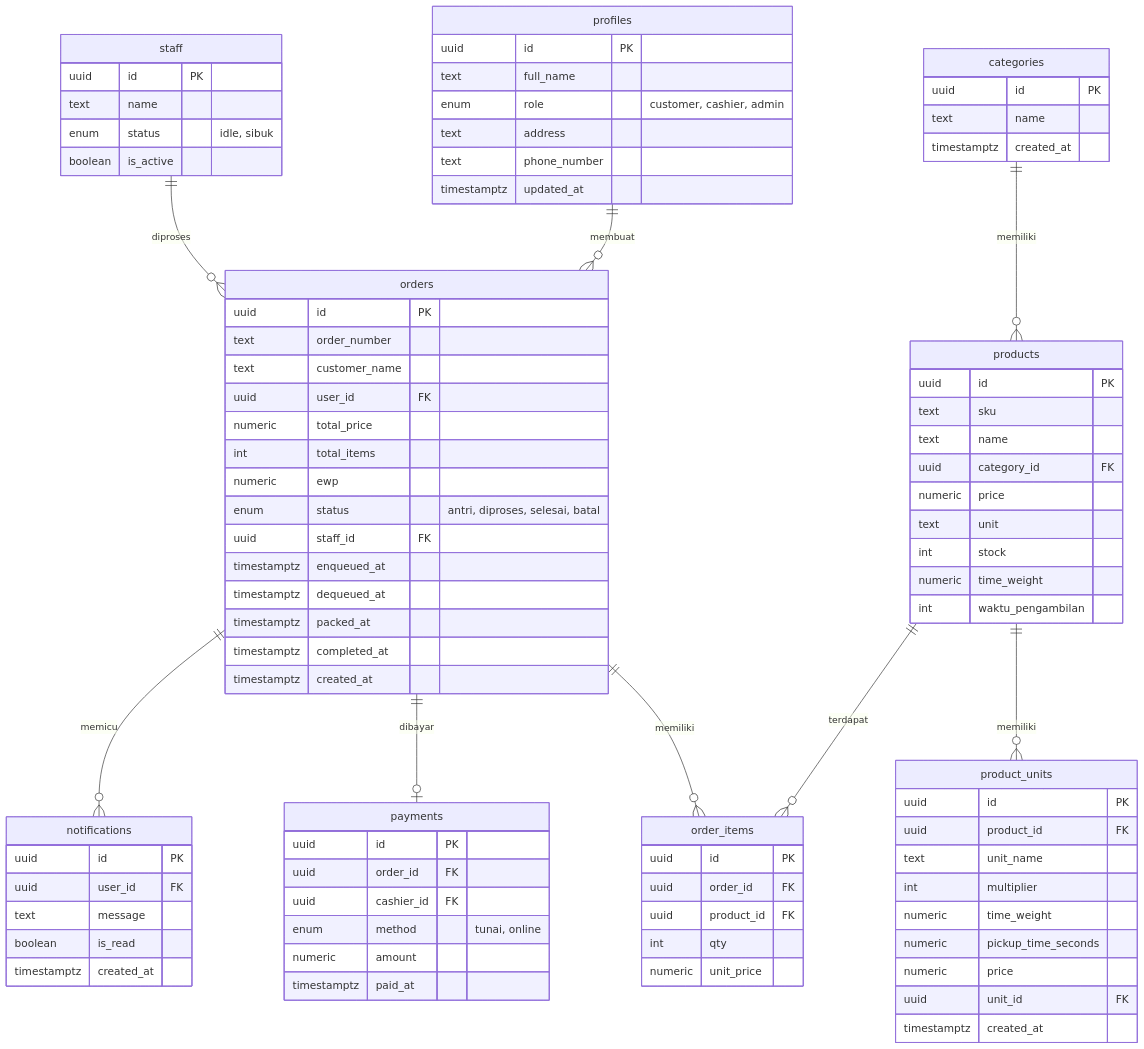
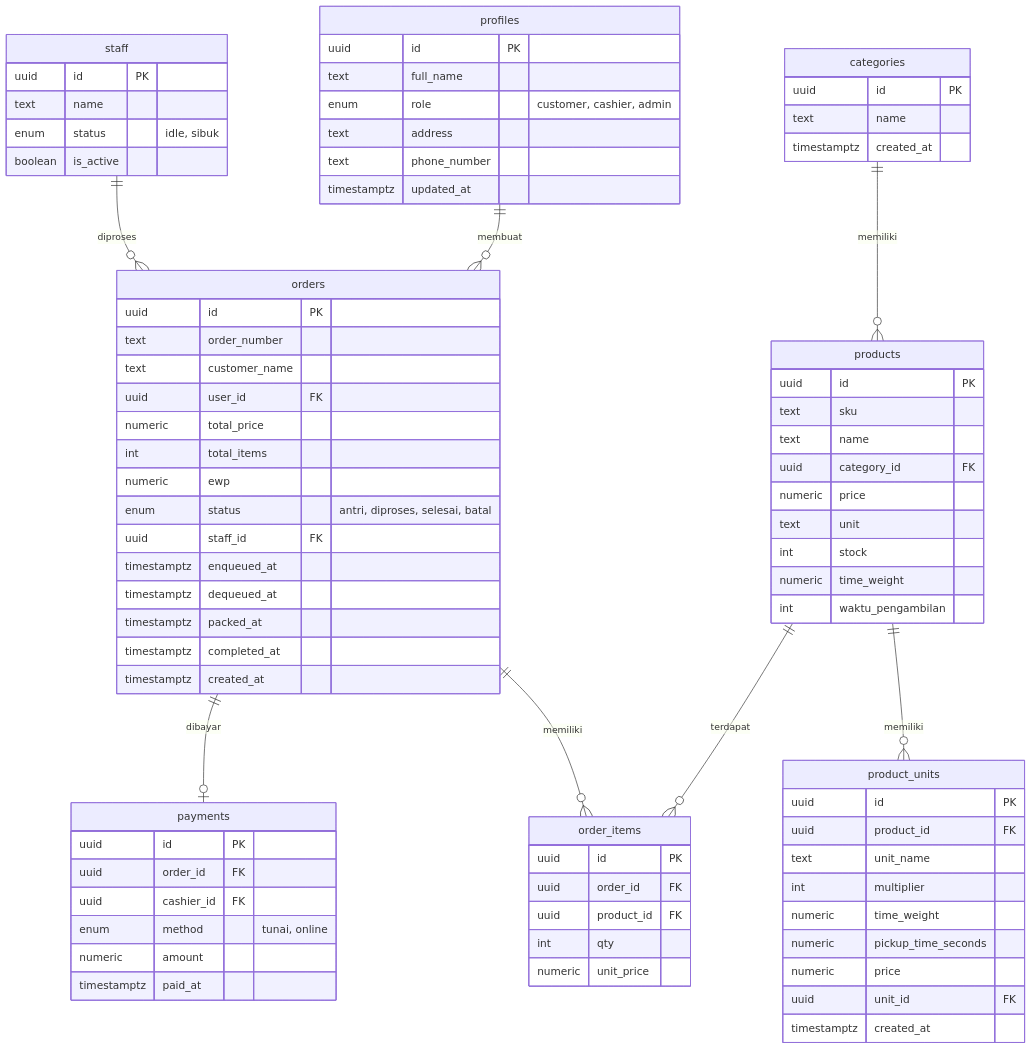
One commit to Skripsi-Zuyyin-Zafirah/pos_grosir changed the fourth of 4 diagrams in Dokumen/New/Rancangan.md. Above: the diagram before and after it, drawn with Mermaid. The commit also changed 6 other files, not shown here.

````diff
--- a/Dokumen/New/Rancangan.md
+++ b/Dokumen/New/Rancangan.md
@@ -140,7 +140,6 @@
     products ||--o{ order_items : "terdapat"
     orders ||--o{ order_items : "memiliki"
     orders ||--o| payments : "dibayar"
-    orders ||--o{ notifications : "memicu"
     staff ||--o{ orders : "diproses"
     
     profiles {
@@ -215,11 +214,4 @@
         numeric amount
         timestamptz paid_at
     }
-    notifications {
-        uuid id PK
-        uuid user_id FK
-        text message
-        boolean is_read
-        timestamptz created_at
-    }
 ```
````
